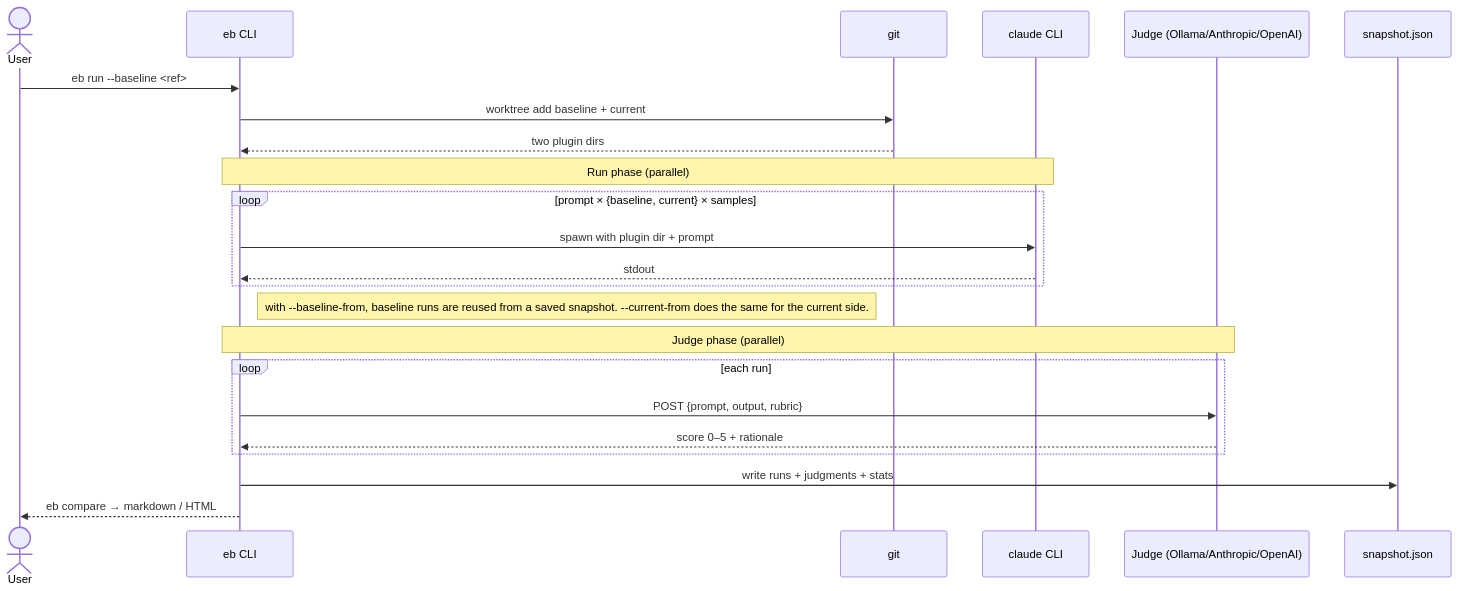
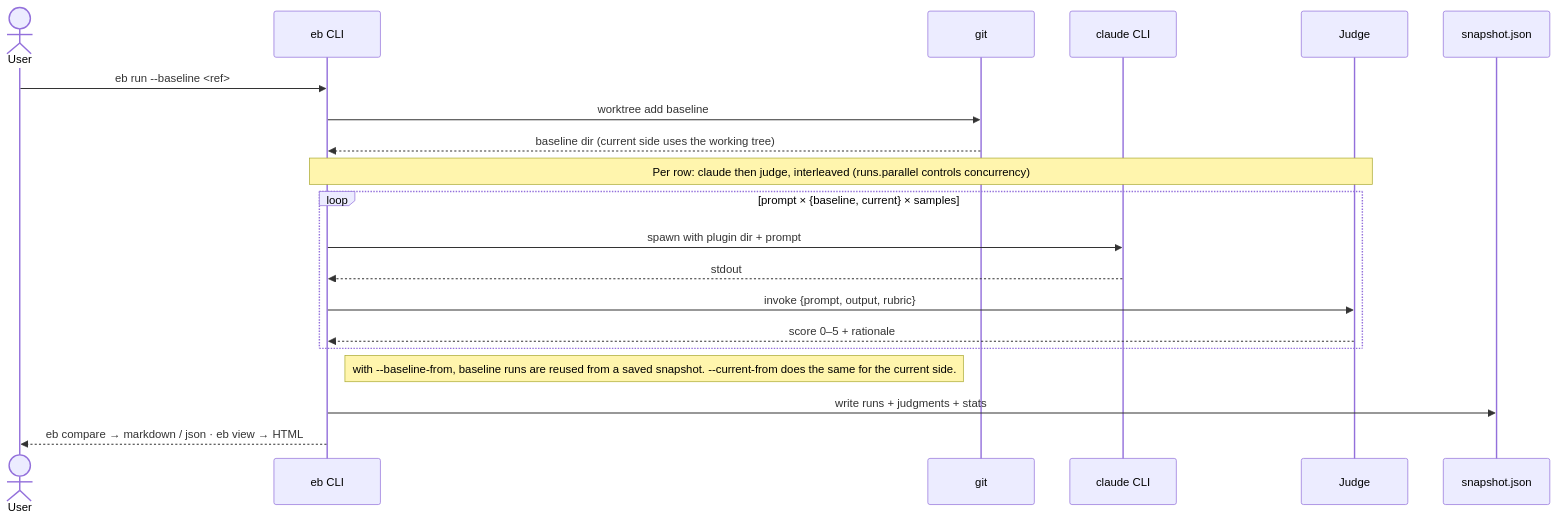
One commit to derberg/eval-bench changed the first of 4 diagrams in README.md. Above: the diagram before and after it, drawn with Mermaid. The commit also changed other lines of this file, not shown here.

Commit message:
docs: align README mermaid diagrams with code
- Diagram 1: only baseline gets a worktree (current uses the working tree); collapse run/judge into one interleaved loop; rename POST → invoke; fix `eb compare → markdown / json · eb view → HTML`
- Diagram 2: replace misquoted summary line with the actual `baseline mean / current mean / delta` form
- Diagram 3: use $TMPDIR/eb-ephemeral-… and note Linux /tmp vs macOS /var/folders
- Simplify "Judge" participant labels; expand intro/Requires/footer judge list to match the 7 providers in src/judges (ollama, anthropic, openai, openai-compatible, openrouter, github-models, claude-cli)

````diff
--- a/README.md
+++ b/README.md
@@ -9,29 +9,25 @@
 ```mermaid
 sequenceDiagram
     actor User
     participant eb as eb CLI
     participant git
     participant claude as claude CLI
-    participant judge as Judge (Ollama/Anthropic/OpenAI)
+    participant judge as Judge
     participant snap as snapshot.json
 
     User->>eb: eb run --baseline <ref>
-    eb->>git: worktree add baseline + current
-    git-->>eb: two plugin dirs
+    eb->>git: worktree add baseline
+    git-->>eb: baseline dir (current side uses the working tree)
 
-    Note over eb,claude: Run phase (parallel)
+    Note over eb,judge: Per row: claude then judge, interleaved (runs.parallel controls concurrency)
     loop prompt × {baseline, current} × samples
         eb->>claude: spawn with plugin dir + prompt
         claude-->>eb: stdout
+        eb->>judge: invoke {prompt, output, rubric}
+        judge-->>eb: score 0–5 + rationale
     end
     Note right of eb: with --baseline-from, baseline runs are reused from a saved snapshot. --current-from does the same for the current side.
 
-    Note over eb,judge: Judge phase (parallel)
-    loop each run
-        eb->>judge: POST {prompt, output, rubric}
-        judge-->>eb: score 0–5 + rationale
-    end
-
     eb->>snap: write runs + judgments + stats
-    eb-->>User: eb compare → markdown / HTML
+    eb-->>User: eb compare → markdown / json · eb view → HTML
 ```
````
